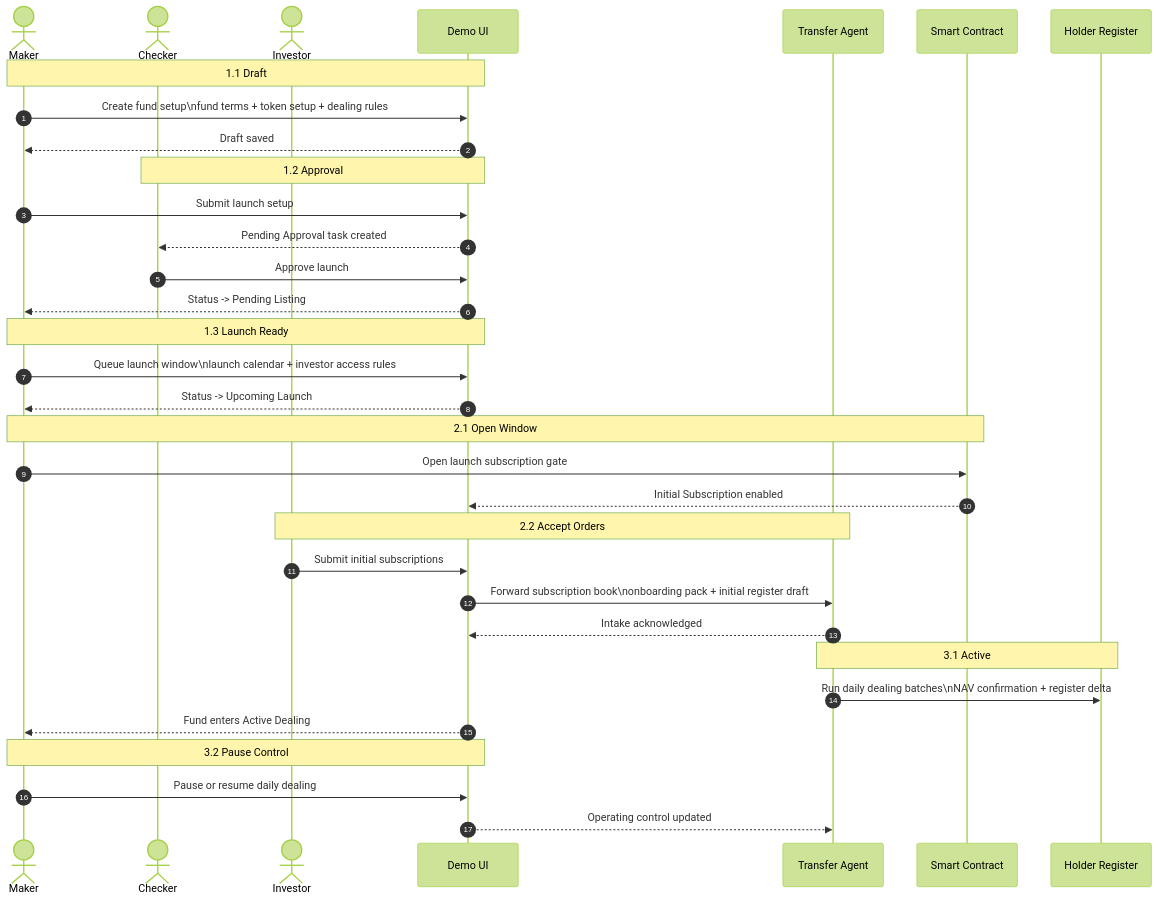
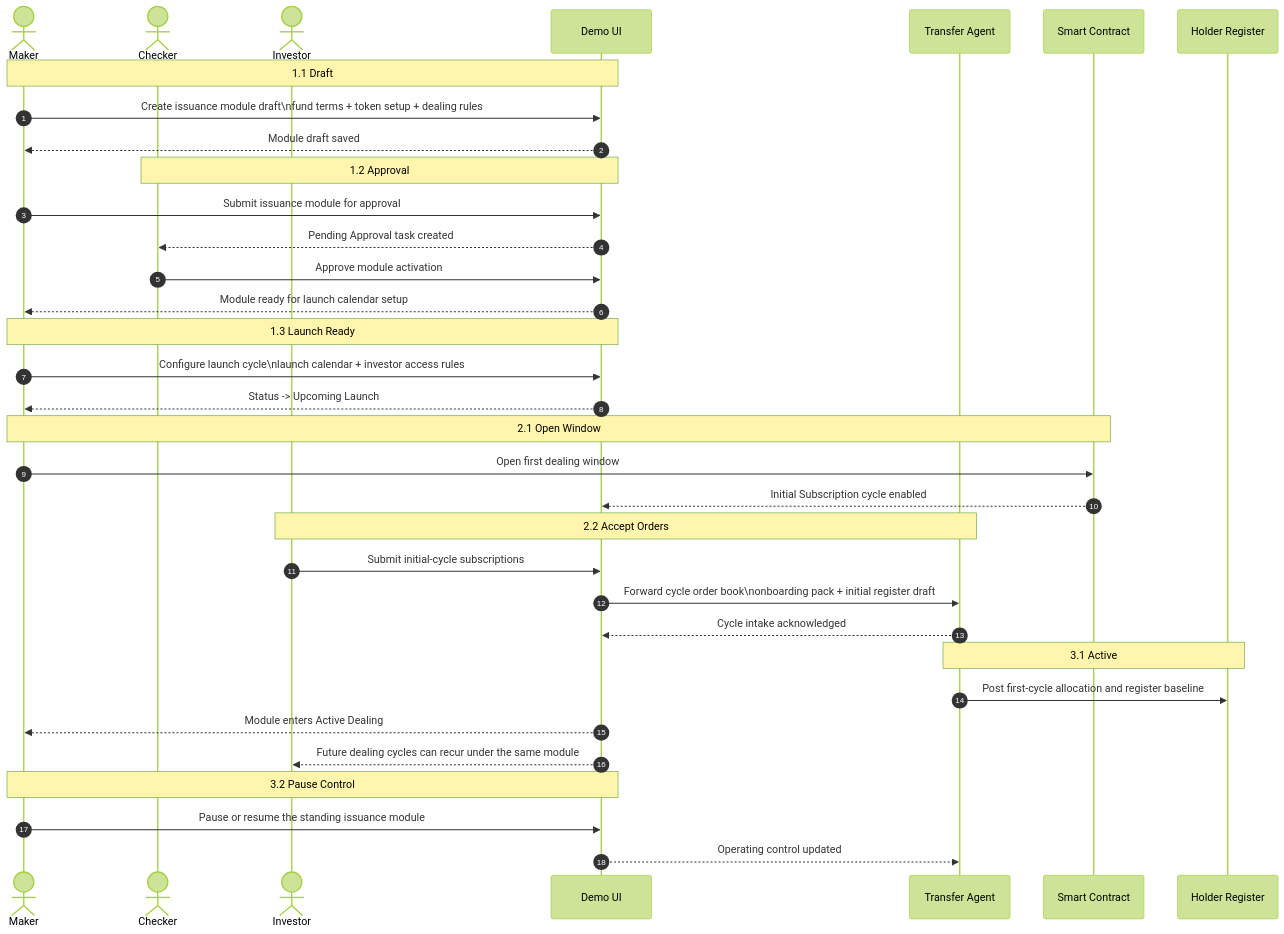
Before and after one commit to JohnLiuSCIE/fund-rwa-demo: the second of 6 diagrams in 05_Architecture/Diagrams/ARCH - Fund Lifecycle Sequence Diagrams.md, drawn with Mermaid (forest theme). The commit also changed other lines of this file, not shown here.

Commit message:
Refine open-end sequence semantics

````diff
--- a/05_Architecture/Diagrams/ARCH - Fund Lifecycle Sequence Diagrams.md
+++ b/05_Architecture/Diagrams/ARCH - Fund Lifecycle Sequence Diagrams.md
@@ -114,42 +116,43 @@
 ```mermaid
 sequenceDiagram
     autonumber
     actor Maker as Maker
     actor Checker as Checker
     actor Investor as Investor
     participant UI as Demo UI
     participant TA as Transfer Agent
     participant Chain as Smart Contract
     participant Register as Holder Register
 
     note over Maker,UI: 1.1 Draft
-    Maker->>UI: Create fund setup\nfund terms + token setup + dealing rules
-    UI-->>Maker: Draft saved
+    Maker->>UI: Create issuance module draft\nfund terms + token setup + dealing rules
+    UI-->>Maker: Module draft saved
 
     note over Checker,UI: 1.2 Approval
-    Maker->>UI: Submit launch setup
+    Maker->>UI: Submit issuance module for approval
     UI-->>Checker: Pending Approval task created
-    Checker->>UI: Approve launch
-    UI-->>Maker: Status -> Pending Listing
+    Checker->>UI: Approve module activation
+    UI-->>Maker: Module ready for launch calendar setup
 
     note over Maker,UI: 1.3 Launch Ready
-    Maker->>UI: Queue launch window\nlaunch calendar + investor access rules
+    Maker->>UI: Configure launch cycle\nlaunch calendar + investor access rules
     UI-->>Maker: Status -> Upcoming Launch
 
     note over Maker,Chain: 2.1 Open Window
-    Maker->>Chain: Open launch subscription gate
-    Chain-->>UI: Initial Subscription enabled
+    Maker->>Chain: Open first dealing window
+    Chain-->>UI: Initial Subscription cycle enabled
 
     note over Investor,TA: 2.2 Accept Orders
-    Investor->>UI: Submit initial subscriptions
-    UI->>TA: Forward subscription book\nonboarding pack + initial register draft
-    TA-->>UI: Intake acknowledged
+    Investor->>UI: Submit initial-cycle subscriptions
+    UI->>TA: Forward cycle order book\nonboarding pack + initial register draft
+    TA-->>UI: Cycle intake acknowledged
 
     note over TA,Register: 3.1 Active
-    TA->>Register: Run daily dealing batches\nNAV confirmation + register delta
-    UI-->>Maker: Fund enters Active Dealing
+    TA->>Register: Post first-cycle allocation and register baseline
+    UI-->>Maker: Module enters Active Dealing
+    UI-->>Investor: Future dealing cycles can recur under the same module
 
     note over Maker,UI: 3.2 Pause Control
-    Maker->>UI: Pause or resume daily dealing
+    Maker->>UI: Pause or resume the standing issuance module
     UI-->>TA: Operating control updated
 ```
````
